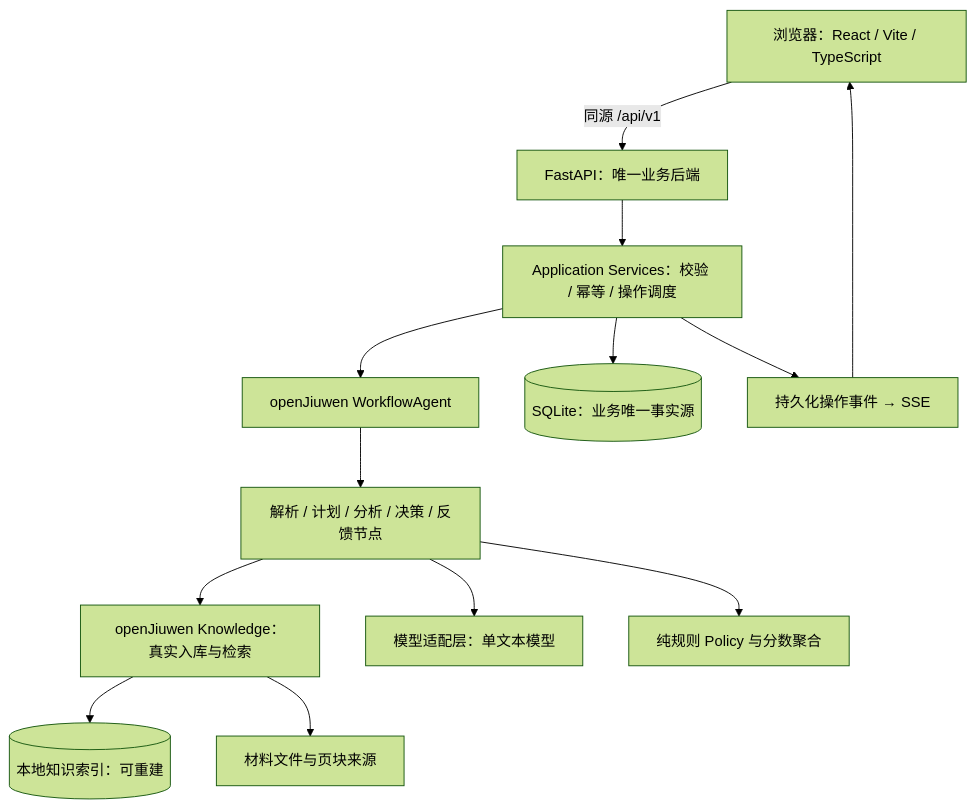
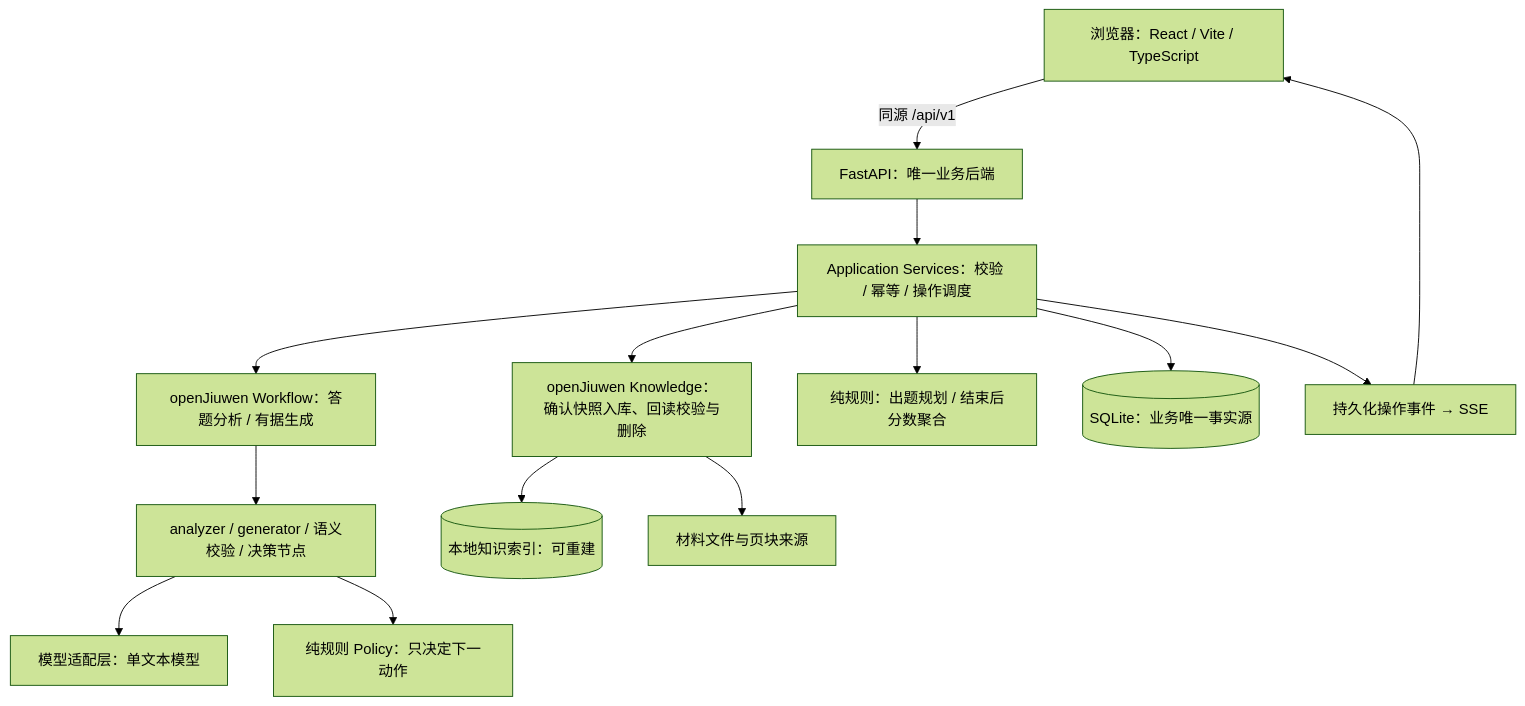
Before and after one commit to hongyue0721/zhijue_face: the diagram in docs/02-architecture.md, drawn with Mermaid (forest theme). The commit also changed other lines of this file and 9 other files, not shown here.

First line of the commit message:
docs: align architecture docs with what the code does

````diff
--- a/docs/02-architecture.md
+++ b/docs/02-architecture.md
@@ -9,15 +9,16 @@
 ```mermaid
 flowchart TB
   B[浏览器：React / Vite / TypeScript] -->|同源 /api/v1| A[FastAPI：唯一业务后端]
   A --> U[Application Services：校验 / 幂等 / 操作调度]
-  U --> W[openJiuwen WorkflowAgent]
-  W --> N[解析 / 计划 / 分析 / 决策 / 反馈节点]
-  N --> K[openJiuwen Knowledge：真实入库与检索]
+  U --> W[openJiuwen Workflow：答题分析 / 有据生成]
+  W --> N[analyzer / generator / 语义校验 / 决策节点]
+  U --> K[openJiuwen Knowledge：确认快照入库、回读校验与删除]
   N --> M[模型适配层：单文本模型]
-  N --> P[纯规则 Policy 与分数聚合]
+  N --> P[纯规则 Policy：只决定下一动作]
+  U --> S[纯规则：出题规划 / 结束后分数聚合]
   U --> D[(SQLite：业务唯一事实源)]
   K --> V[(本地知识索引：可重建)]
   K --> F[材料文件与页块来源]
   U --> E[持久化操作事件 → SSE]
   E --> B
 ```
````
